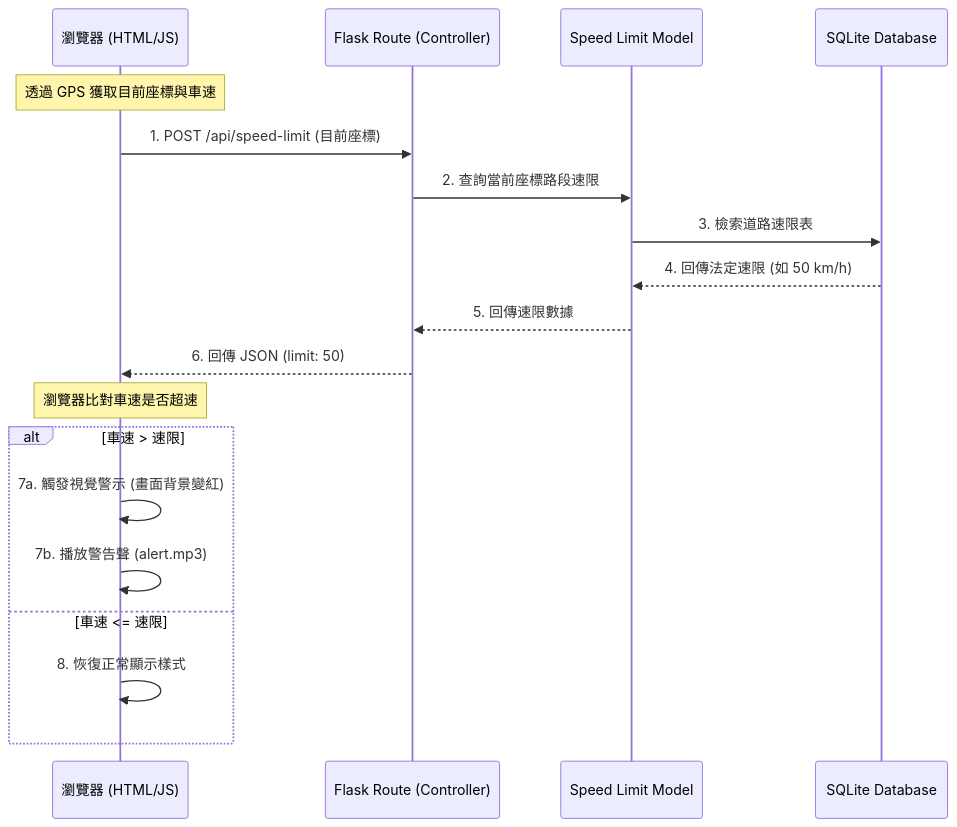
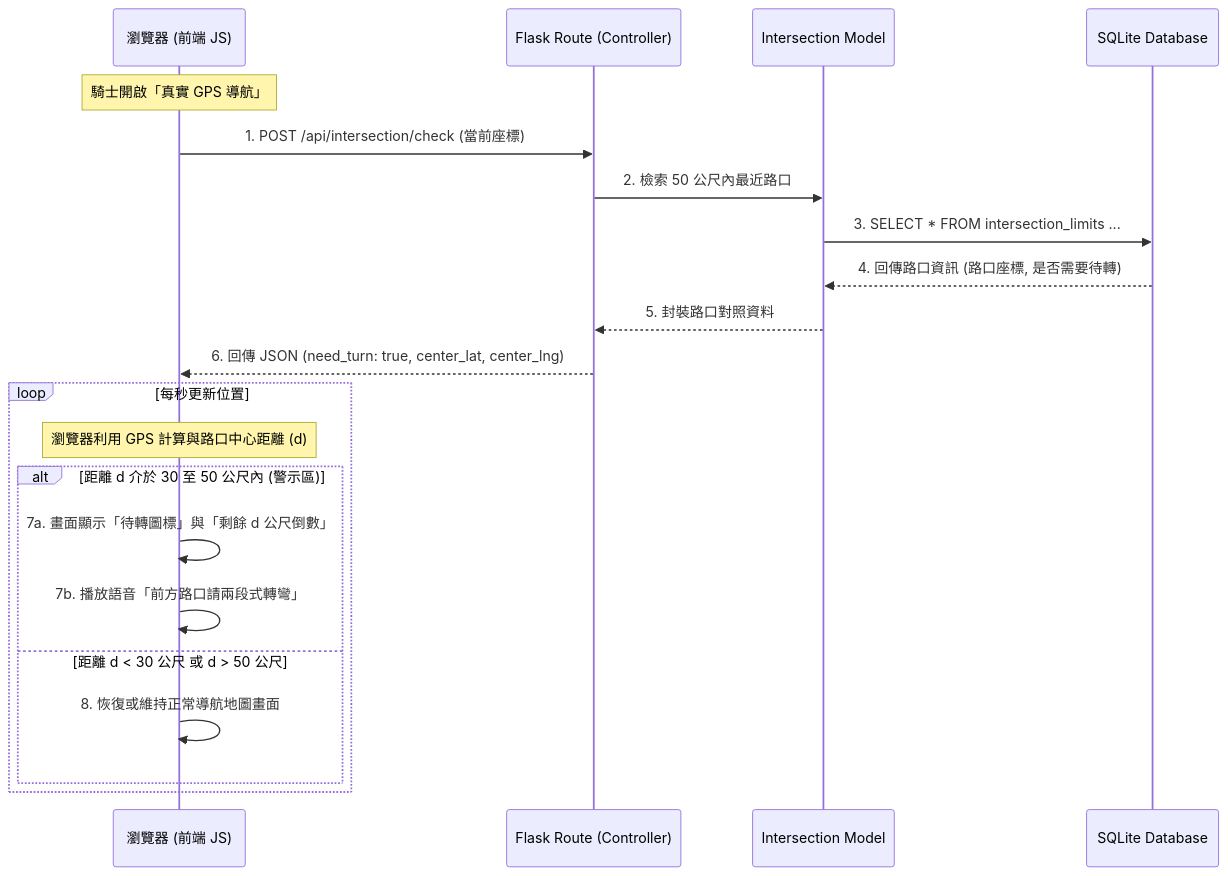
Before and after one commit to tela1111222-spec/googlemaps: the first of 2 diagrams in docs/ARCHITECTURE.md, drawn with Mermaid. The commit also changed other lines of this file, not shown here.

Commit message:
docs: add system architecture

````diff
--- a/docs/ARCHITECTURE.md
+++ b/docs/ARCHITECTURE.md
@@ -66,22 +66,25 @@
 ```mermaid
 sequenceDiagram
-    participant Browser as 瀏覽器 (HTML/JS)
+    participant Browser as 瀏覽器 (前端 JS)
     participant Route as Flask Route (Controller)
-    participant Model as Speed Limit Model
+    participant Model as Intersection Model
     participant DB as SQLite Database
     
-    Note over Browser: 透過 GPS 獲取目前座標與車速
-    Browser->>Route: 1. POST /api/speed-limit (目前座標)
-    Route->>Model: 2. 查詢當前座標路段速限
-    Model->>DB: 3. 檢索道路速限表
-    DB-->>Model: 4. 回傳法定速限 (如 50 km/h)
-    Model-->>Route: 5. 回傳速限數據
-    Route-->>Browser: 6. 回傳 JSON (limit: 50)
-    Note over Browser: 瀏覽器比對車速是否超速
-    alt 車速 > 速限
-        Browser->>Browser: 7a. 觸發視覺警示 (畫面背景變紅)
-        Browser->>Browser: 7b. 播放警告聲 (alert.mp3)
-    else 車速 <= 速限
-        Browser->>Browser: 8. 恢復正常顯示樣式
+    Note over Browser: 騎士開啟「真實 GPS 導航」
+    Browser->>Route: 1. POST /api/intersection/check (當前座標)
+    Route->>Model: 2. 檢索 50 公尺內最近路口
+    Model->>DB: 3. SELECT * FROM intersection_limits ...
+    DB-->>Model: 4. 回傳路口資訊 (路口座標, 是否需要待轉)
+    Model-->>Route: 5. 封裝路口對照資料
+    Route-->>Browser: 6. 回傳 JSON (need_turn: true, center_lat, center_lng)
+    
+    loop 每秒更新位置
+        Note over Browser: 瀏覽器利用 GPS 計算與路口中心距離 (d)
+        alt 距離 d 介於 30 至 50 公尺內 (警示區)
+            Browser->>Browser: 7a. 畫面顯示「待轉圖標」與「剩餘 d 公尺倒數」
+            Browser->>Browser: 7b. 播放語音「前方路口請兩段式轉彎」
+        else 距離 d < 30 公尺 或 d > 50 公尺
+            Browser->>Browser: 8. 恢復或維持正常導航地圖畫面
+        end
     end
 ```
````
